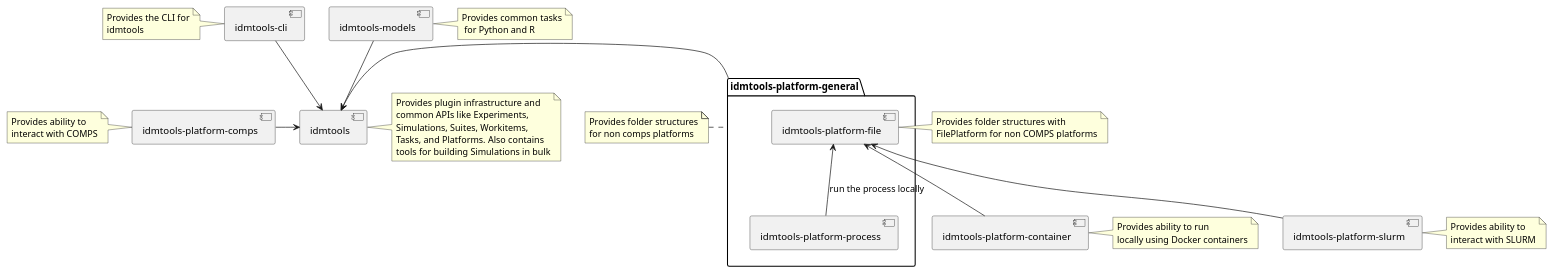
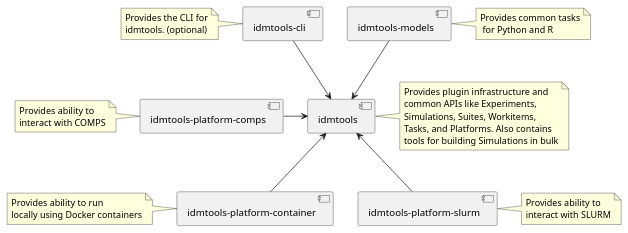
One commit to InstituteforDiseaseModeling/idmtools changed the diagram in docs/diagrams/packages_overview.puml. Above: the diagram before and after it, drawn with PlantUML.

Commit message:
roll back packages_overview.puml to test doc build

```diff
--- a/docs/diagrams/packages_overview.puml
+++ b/docs/diagrams/packages_overview.puml
@@ -1,56 +1,43 @@
 @startuml
 
 [idmtools]
 note right of idmtools
 Provides plugin infrastructure and
 common APIs like Experiments,
 Simulations, Suites, Workitems,
 Tasks, and Platforms. Also contains
 tools for building Simulations in bulk
 end note
 [idmtools-cli]
 note left of [idmtools-cli]
     Provides the CLI for
-    idmtools
+    idmtools. (optional)
 end note
 [idmtools-models]
 note right of [idmtools-models]
     Provides common tasks
      for Python and R
 end note
 [idmtools-platform-comps]
 note left of [idmtools-platform-comps]
     Provides ability to
     interact with COMPS
 end note
-package [idmtools-platform-general] {
-    [idmtools-platform-file]
-    [idmtools-platform-process]
-    }
-note left of [idmtools-platform-general]
-    Provides folder structures
-    for non comps platforms
-end note
-note left of [idmtools-platform-file]
-    Provides folder structures with
-    FilePlatform for non COMPS platforms
-end note
 [idmtools-platform-container]
-note right of [idmtools-platform-container]
+note left of [idmtools-platform-container]
     Provides ability to run
     locally using Docker containers
 end note
 [idmtools-platform-slurm]
 note right of [idmtools-platform-slurm]
-    Provides ability to 
+    Provides ability to
     interact with SLURM
 end note
 
 [idmtools-cli] --> [idmtools]
 [idmtools-models] --> [idmtools]
-[idmtools-platform-comps] -> [idmtools]
-[idmtools-platform-general] -> [idmtools]
-[idmtools-platform-container] -up-> [idmtools-platform-file]
-[idmtools-platform-slurm] -up-> [idmtools-platform-file]
-[idmtools-platform-process] -up-> [idmtools-platform-file]:run the process locally
+[idmtools-platform-comps] -> idmtools
+[idmtools-platform-container] -up-> idmtools
+[idmtools-platform-slurm] -up-> idmtools
+
 @enduml
```
